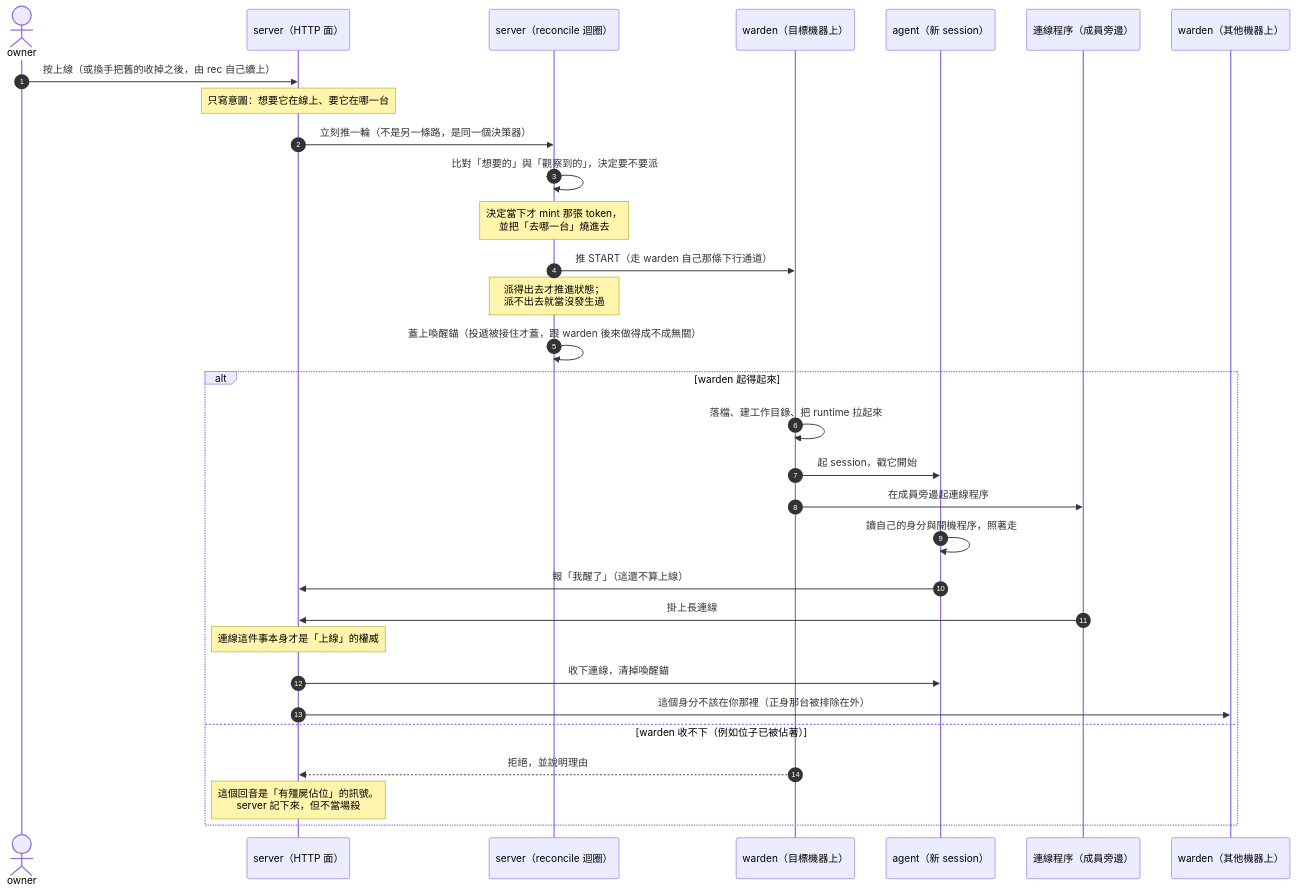
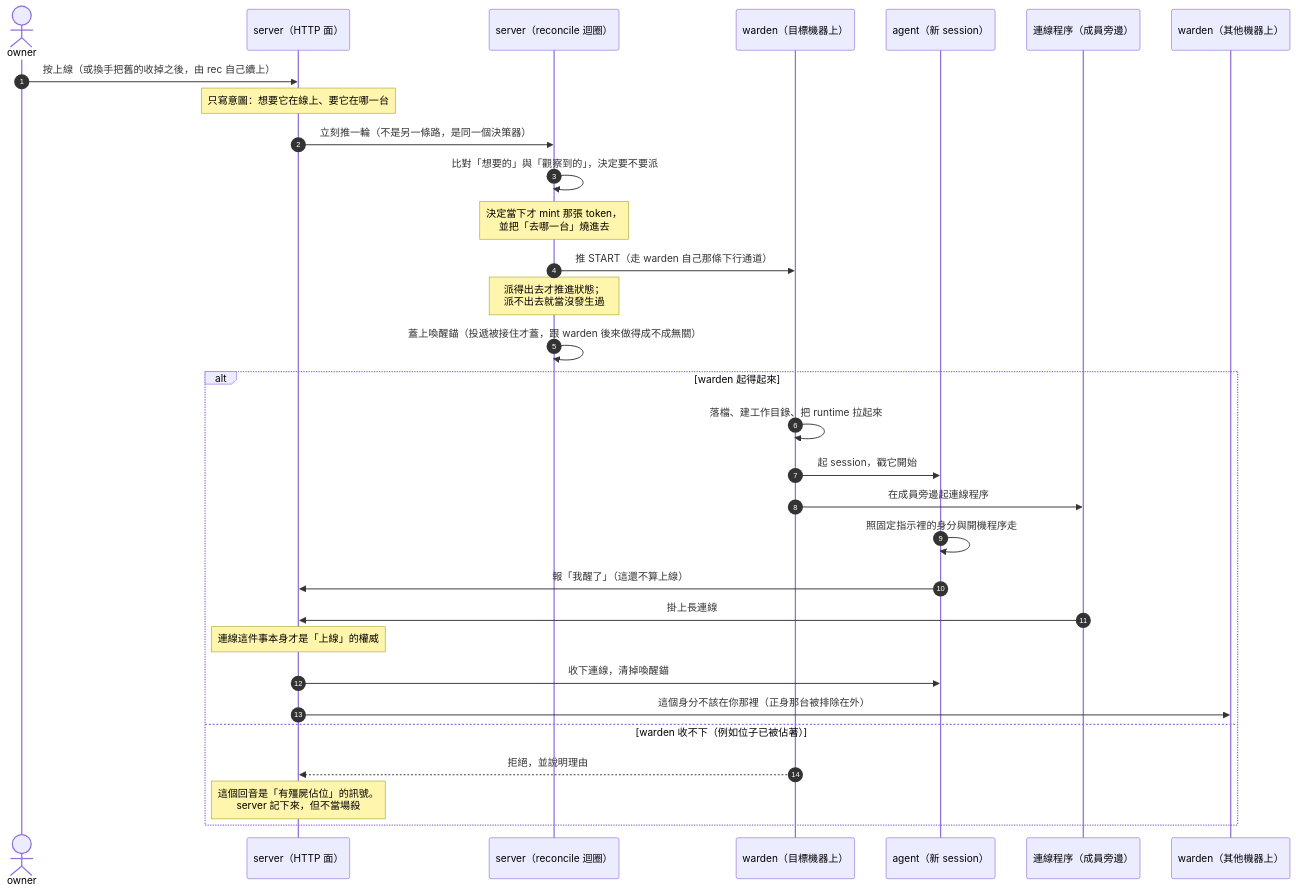
Before and after one commit to pkyosx/OffiCraft: the diagram in docs/design/wake-flow.md, drawn with Mermaid. The commit also changed other lines of this file and 17 other files, not shown here.

````diff
--- a/docs/design/wake-flow.md
+++ b/docs/design/wake-flow.md
@@ -35,37 +35,37 @@
 ```mermaid
 sequenceDiagram
     autonumber
     actor owner as owner
     participant srv as server（HTTP 面）
     participant rec as server（reconcile 迴圈）
     participant w as warden（目標機器上）
     participant agent as agent（新 session）
     participant listener as 連線程序（成員旁邊）
     participant w2 as warden（其他機器上）
 
     owner->>srv: 按上線（或換手把舊的收掉之後，由 rec 自己續上）
     Note over srv: 只寫意圖：想要它在線上、要它在哪一台
     srv->>rec: 立刻推一輪（不是另一條路，是同一個決策器）
 
     rec->>rec: 比對「想要的」與「觀察到的」，決定要不要派
     Note over rec: 決定當下才 mint 那張 token，<br/>並把「去哪一台」燒進去
 
     rec->>w: 推 START（走 warden 自己那條下行通道）
     Note over rec: 派得出去才推進狀態；<br/>派不出去就當沒發生過
     rec->>rec: 蓋上喚醒錨（投遞被接住才蓋，跟 warden 後來做得成不成無關）
 
     alt warden 起得起來
         w->>w: 落檔、建工作目錄、把 runtime 拉起來
         w->>agent: 起 session，戳它開始
         w->>listener: 在成員旁邊起連線程序
-        agent->>agent: 讀自己的身分與開機程序，照著走
+        agent->>agent: 照固定指示裡的身分與開機程序走
         agent->>srv: 報「我醒了」（這還不算上線）
         listener->>srv: 掛上長連線
         Note over srv: 連線這件事本身才是「上線」的權威
         srv->>agent: 收下連線，清掉喚醒錨
         srv->>w2: 這個身分不該在你那裡（正身那台被排除在外）
     else warden 收不下（例如位子已被佔著）
         w-->>srv: 拒絕，並說明理由
         Note over srv: 這個回音是「有殭屍佔位」的訊號。<br/>server 記下來，但不當場殺
     end
 ```
````
